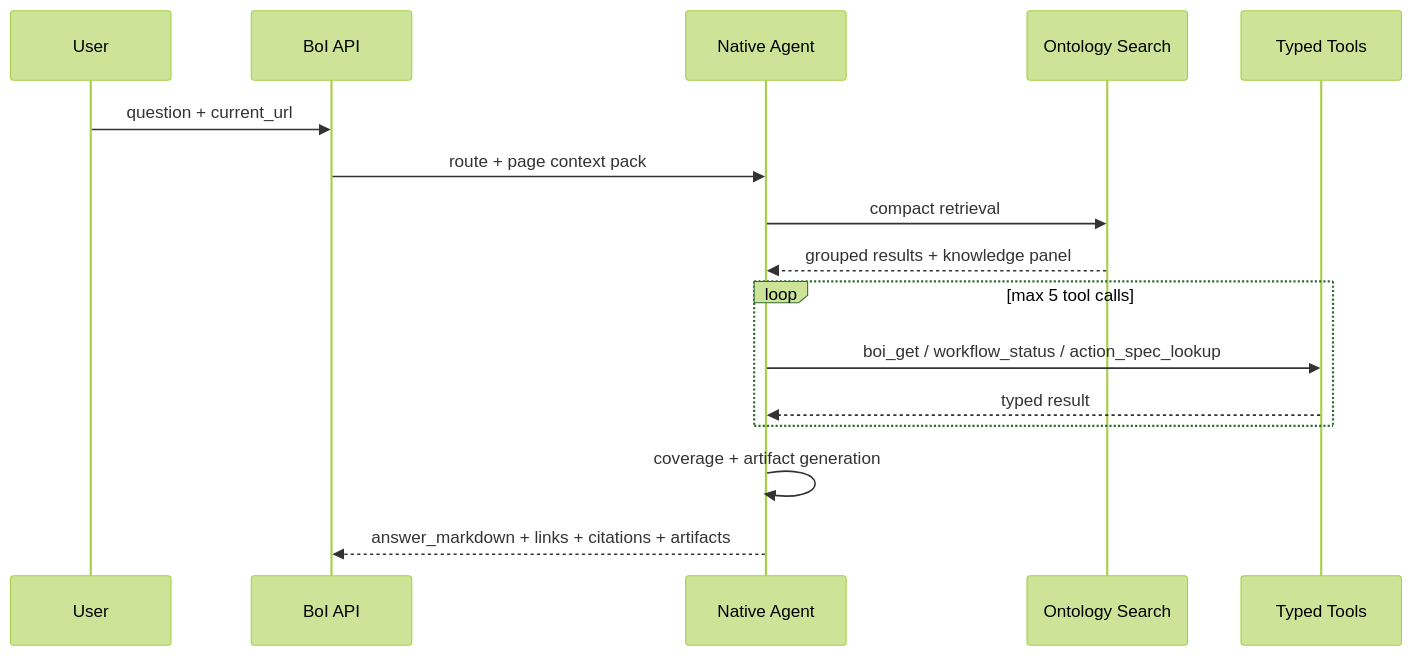
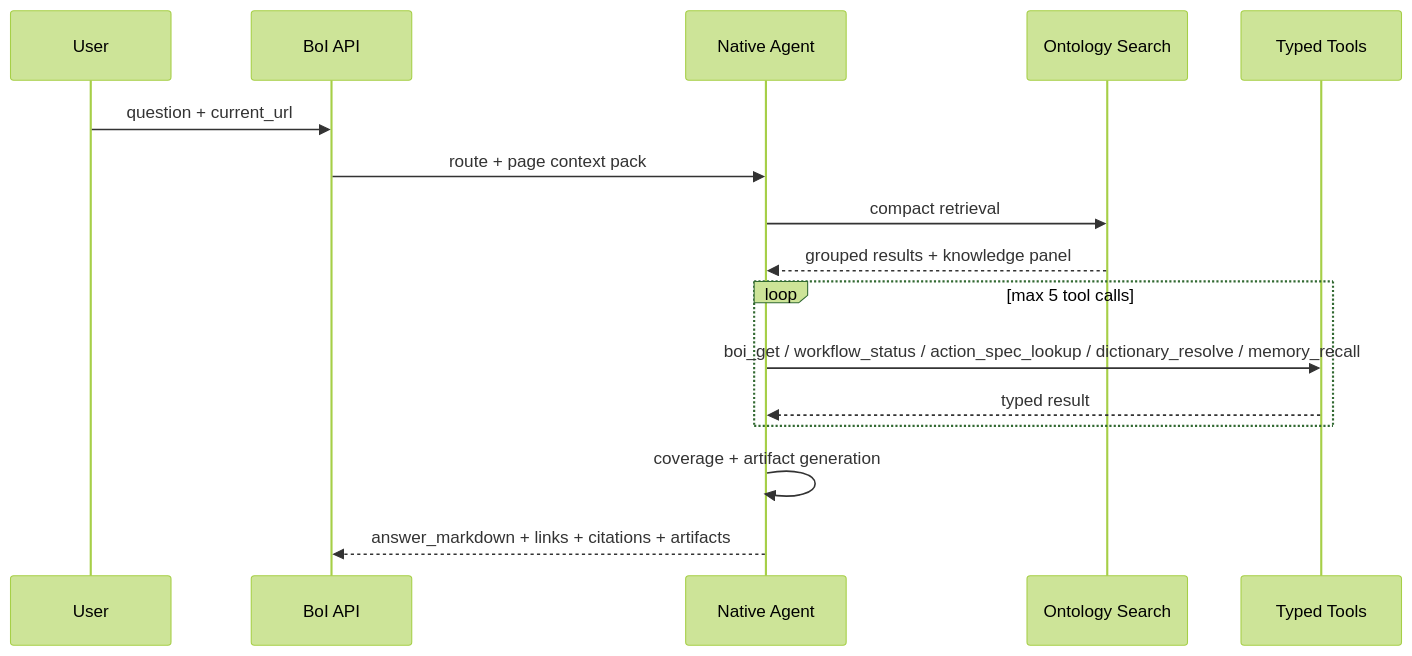
The second of 2 diagrams in data/boi/public/boi-wiki-manual/agent/native-boi-agent-tool-loop.md (chokukil/boi-wiki), drawn with Mermaid (forest theme) before and after one commit. The commit also changed other lines of this file and 2 other files, not shown here.

Commit message:
Improve BoI Agent ontology follow-up for diagrams

````diff
--- a/data/boi/public/boi-wiki-manual/agent/native-boi-agent-tool-loop.md
+++ b/data/boi/public/boi-wiki-manual/agent/native-boi-agent-tool-loop.md
@@ -46,19 +49,19 @@
 ```mermaid
 sequenceDiagram
   participant U as User
   participant API as BoI API
   participant Agent as Native Agent
   participant Search as Ontology Search
   participant Tool as Typed Tools
 
   U->>API: question + current_url
   API->>Agent: route + page context pack
   Agent->>Search: compact retrieval
   Search-->>Agent: grouped results + knowledge panel
   loop max 5 tool calls
-    Agent->>Tool: boi_get / workflow_status / action_spec_lookup
+    Agent->>Tool: boi_get / workflow_status / action_spec_lookup / dictionary_resolve / memory_recall
     Tool-->>Agent: typed result
   end
   Agent->>Agent: coverage + artifact generation
   Agent-->>API: answer_markdown + links + citations + artifacts
 ```
````
